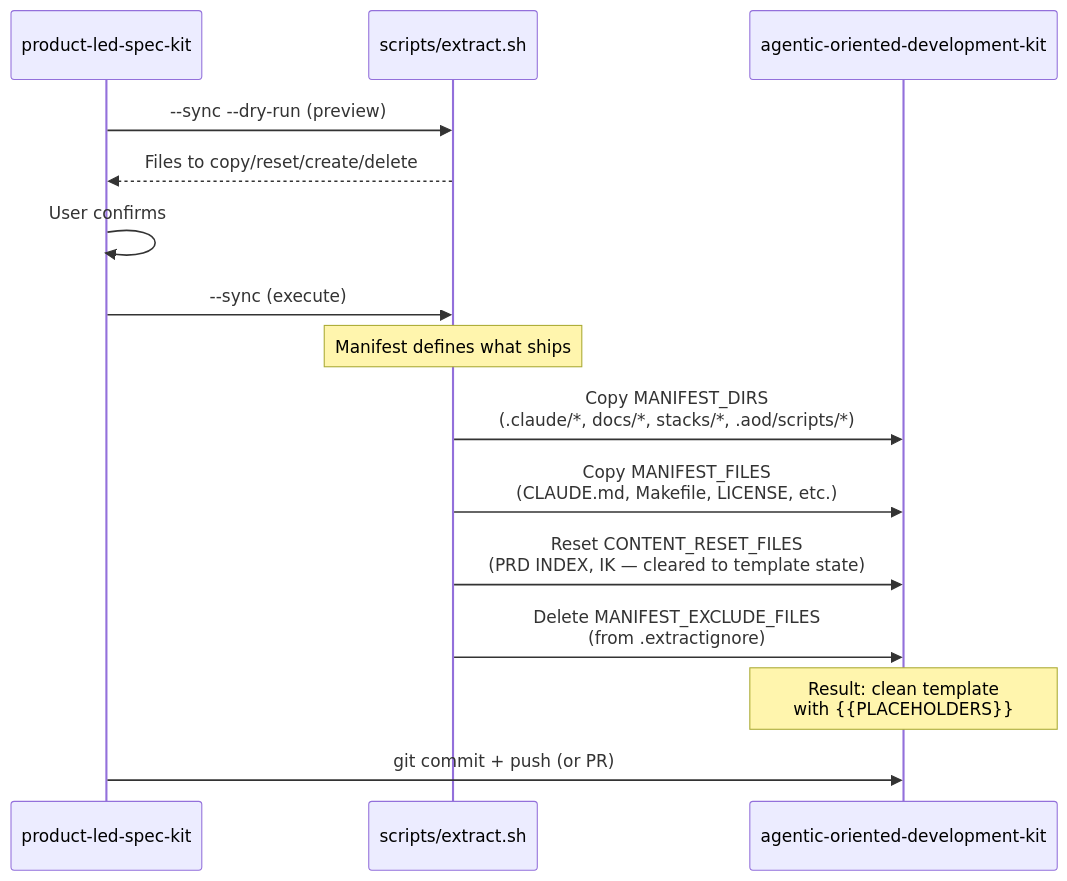
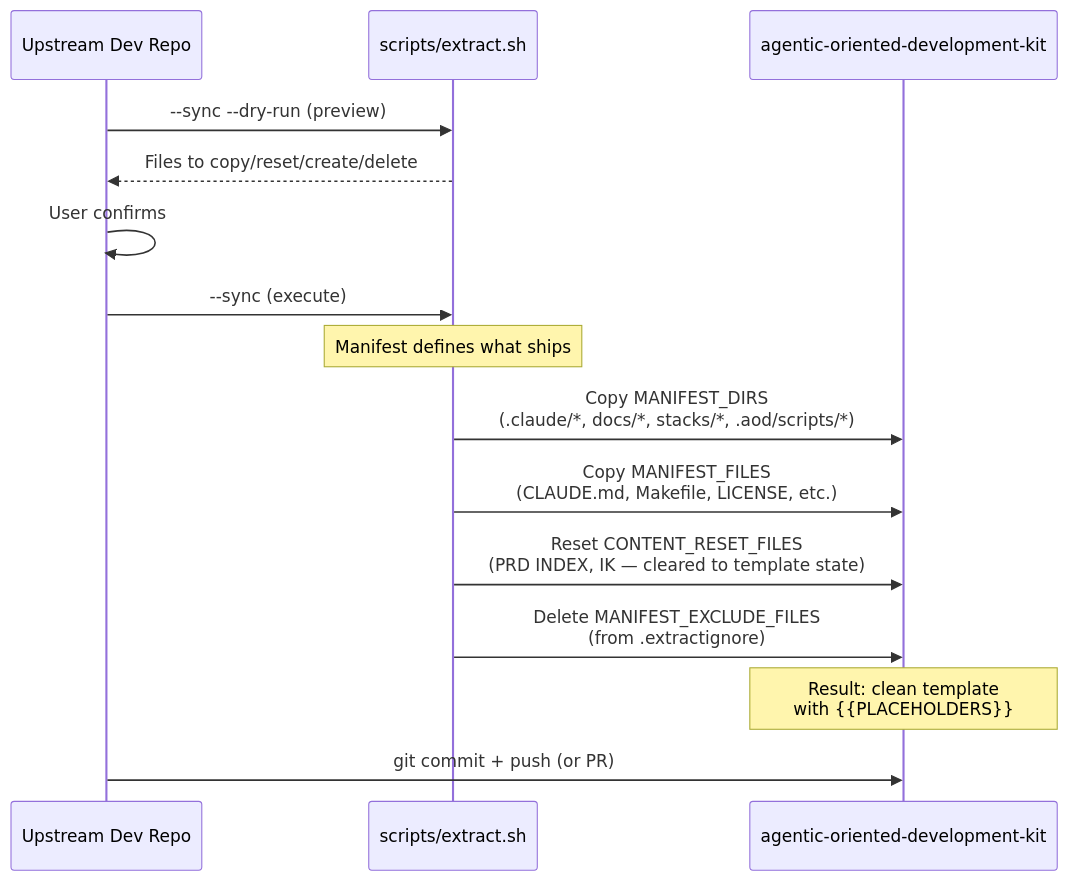
Before and after one commit to q-qp-p/davidmatousek-tachi: the second of 3 diagrams in docs/architecture/01_system_design/upstream-sync-architecture.md, drawn with Mermaid. The commit also changed other lines of this file and 23 other files, not shown here.

````diff
--- a/docs/architecture/01_system_design/upstream-sync-architecture.md
+++ b/docs/architecture/01_system_design/upstream-sync-architecture.md
@@ -64,22 +64,22 @@
 ```mermaid
 sequenceDiagram
-    participant Dev as product-led-spec-kit
+    participant Dev as Upstream Dev Repo
     participant Extract as scripts/extract.sh
     participant Upstream as agentic-oriented-development-kit
 
     Dev->>Extract: --sync --dry-run (preview)
     Extract-->>Dev: Files to copy/reset/create/delete
     Dev->>Dev: User confirms
     Dev->>Extract: --sync (execute)
 
     Note over Extract: Manifest defines what ships
 
     Extract->>Upstream: Copy MANIFEST_DIRS<br/>(.claude/*, docs/*, stacks/*, .aod/scripts/*)
     Extract->>Upstream: Copy MANIFEST_FILES<br/>(CLAUDE.md, Makefile, LICENSE, etc.)
     Extract->>Upstream: Reset CONTENT_RESET_FILES<br/>(PRD INDEX, IK — cleared to template state)
     Extract->>Upstream: Delete MANIFEST_EXCLUDE_FILES<br/>(from .extractignore)
 
     Note over Upstream: Result: clean template<br/>with {{PLACEHOLDERS}}
 
     Dev->>Upstream: git commit + push (or PR)
 ```
````
